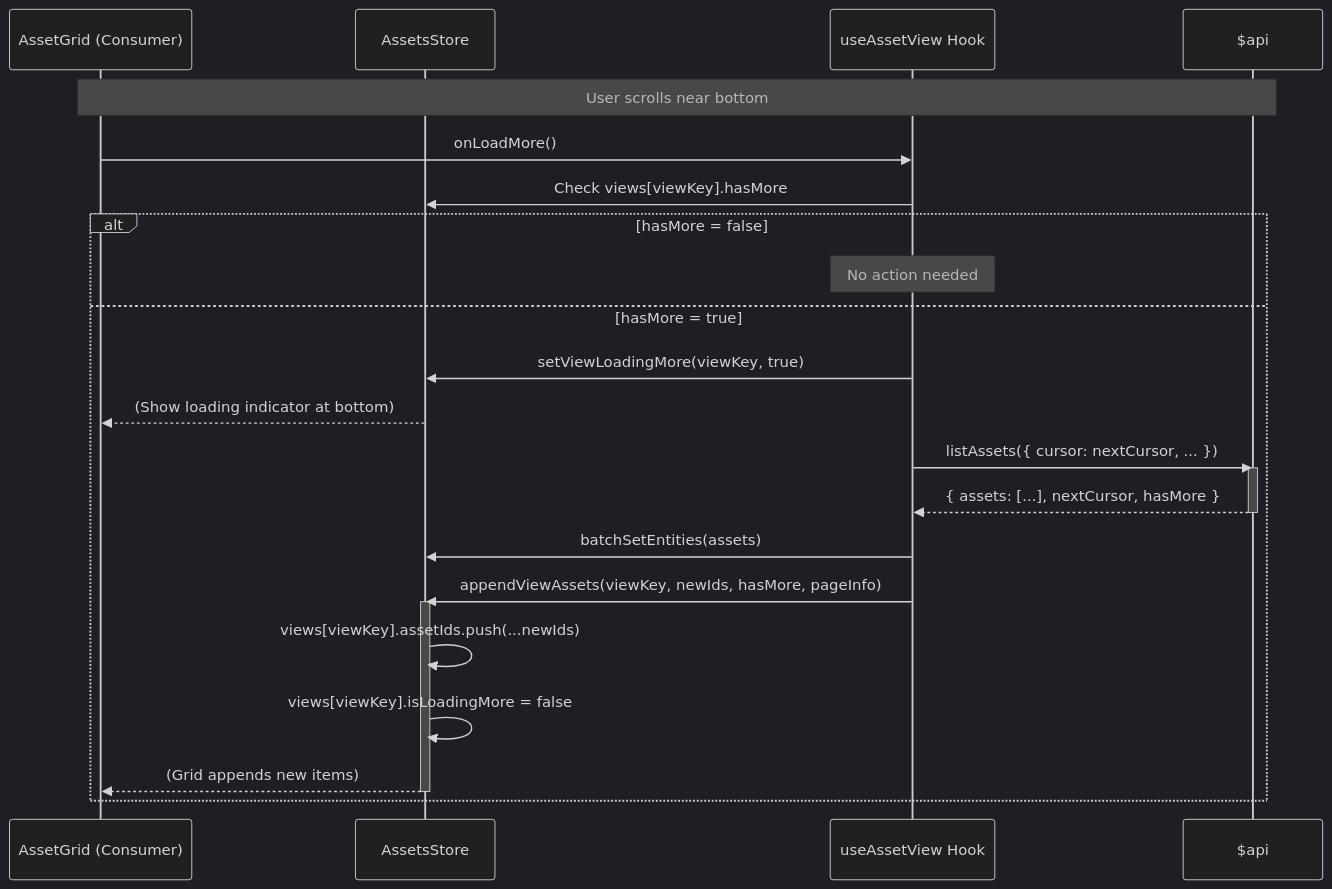
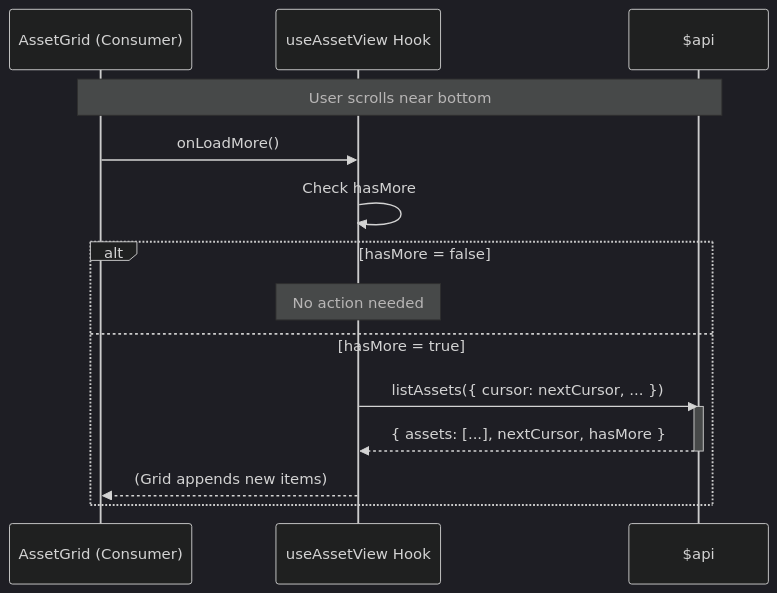
The third of 5 diagrams in web/src/features/assets/diagram/async-data-flow.md (EdwinZhanCN/Lumilio-Photos), drawn with Mermaid (dark theme) before and after one commit. The commit also changed other lines of this file and 30 other files, not shown here.

````diff
--- a/web/src/features/assets/diagram/async-data-flow.md
+++ b/web/src/features/assets/diagram/async-data-flow.md
@@ -91,32 +73,22 @@
 ```mermaid
 sequenceDiagram
     participant UI as AssetGrid (Consumer)
-    participant Store as AssetsStore
     participant Hook as useAssetView Hook
     participant API as $api
     
     Note over UI, API: User scrolls near bottom
     
     UI->>Hook: onLoadMore()
-    Hook->>Store: Check views[viewKey].hasMore
+    Hook->>Hook: Check hasMore
     
     alt hasMore = false
         Note over Hook: No action needed
     else hasMore = true
-        Hook->>Store: setViewLoadingMore(viewKey, true)
-        Store-->>UI: (Show loading indicator at bottom)
-        
         Hook->>API: listAssets({ cursor: nextCursor, ... })
         activate API
         API-->>Hook: { assets: [...], nextCursor, hasMore }
         deactivate API
         
-        Hook->>Store: batchSetEntities(assets)
-        Hook->>Store: appendViewAssets(viewKey, newIds, hasMore, pageInfo)
-        activate Store
-        Store->>Store: views[viewKey].assetIds.push(...newIds)
-        Store->>Store: views[viewKey].isLoadingMore = false
-        Store-->>UI: (Grid appends new items)
-        deactivate Store
+        Hook-->>UI: (Grid appends new items)
     end
 ```
````
